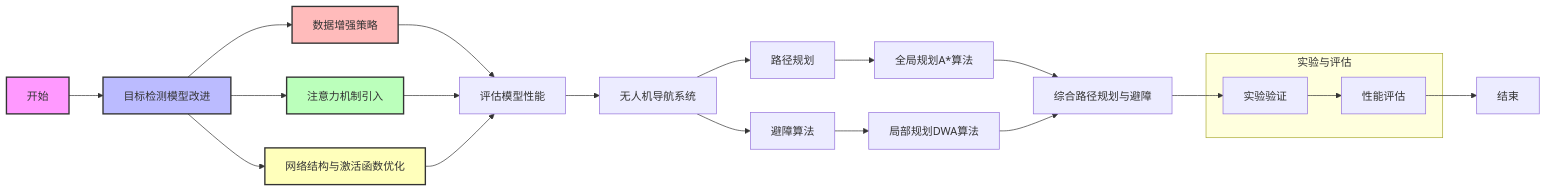
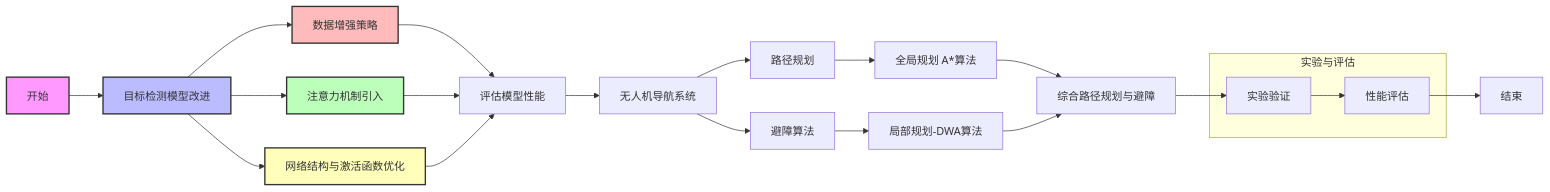
Before and after one commit to 1831380633/iodraw-files: the diagram in all/未命名-1.md, drawn with Mermaid.

Commit message:
2024-12-18 14:48:44 update

````diff
--- a/all/未命名-1.md
+++ b/all/未命名-1.md
@@ -1,32 +1,32 @@
 ```mermaid
 graph LR
     style A fill:#f9f,stroke:#333,stroke-width:2px
     style B fill:#bbf,stroke:#333,stroke-width:2px
     style C fill:#fbb,stroke:#333,stroke-width:2px
     style D fill:#bfb,stroke:#333,stroke-width:2px
     style E fill:#ffb,stroke:#333,stroke-width:2px
 
     A[开始] --> B[目标检测模型改进]
     B --> C[数据增强策略]
     B --> D[注意力机制引入]
     B --> E[网络结构与激活函数优化]
     C --> F[评估模型性能]
     D --> F
     E --> F
     F --> G[无人机导航系统]
     G --> H[路径规划]
     G --> I[避障算法]
-    H --> J[全局规划A*算法]
-    I --> K[局部规划DWA算法]
+    H --> J[全局规划 A*算法]
+    I --> K[局部规划-DWA算法]
     J --> L[综合路径规划与避障]
     K --> L
     L --> M[实验验证]
     M --> N[性能评估]
     N --> O[结束]
 
     subgraph 实验与评估
         M
         N
     end
 
 ```
````
